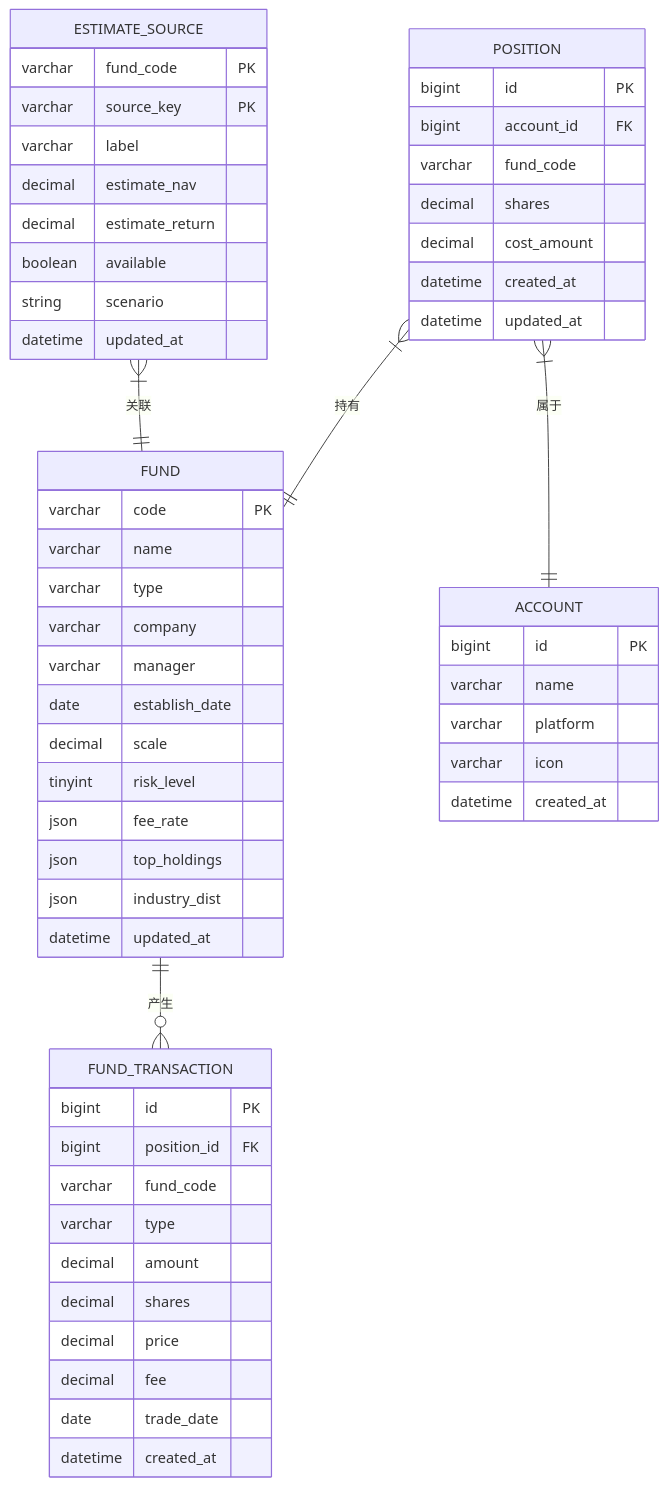
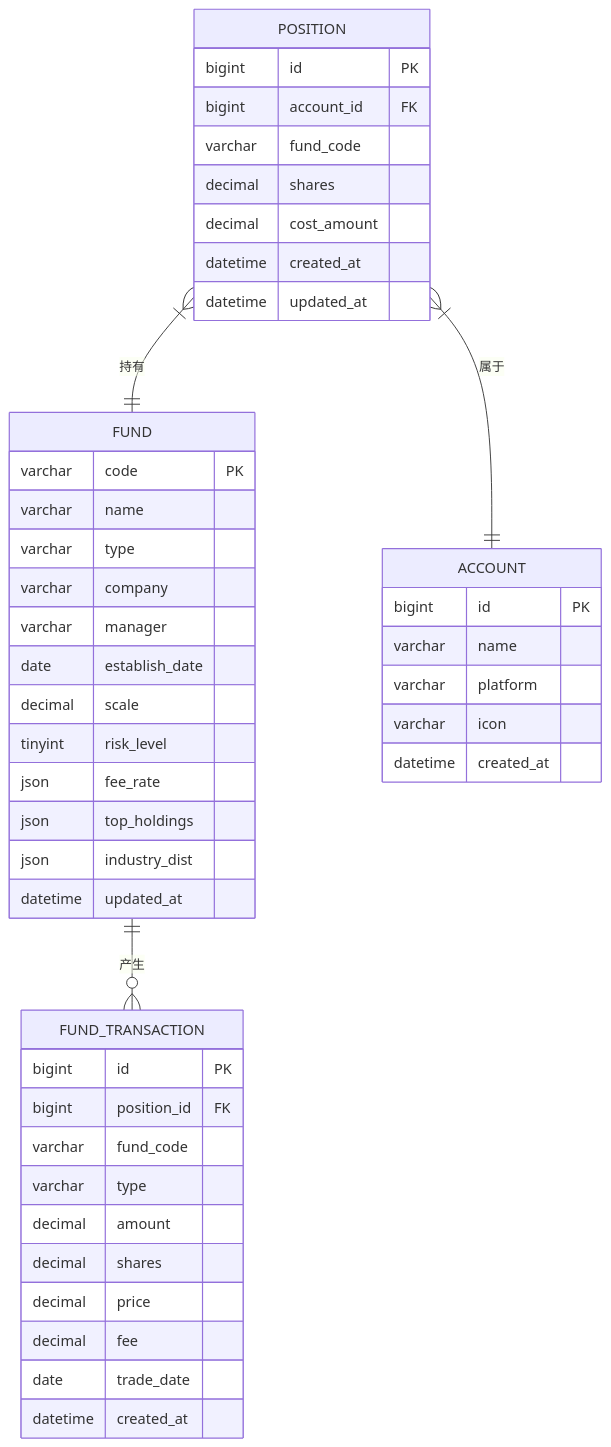
One commit to gree-coder/fund-butler changed the seventh of 9 diagrams in .qoder/repowiki/zh/content/Dashboard Enhancement.md. Above: the diagram before and after it, drawn with Mermaid. The commit also changed other lines of this file and 21 other files, not shown here.

````diff
--- a/.qoder/repowiki/zh/content/Dashboard Enhancement.md
+++ b/.qoder/repowiki/zh/content/Dashboard Enhancement.md
@@ -398,59 +304,48 @@
 ```mermaid
 erDiagram
 POSITION {
 bigint id PK
 bigint account_id FK
 varchar fund_code
 decimal shares
 decimal cost_amount
 datetime created_at
 datetime updated_at
 }
 FUND {
 varchar code PK
 varchar name
 varchar type
 varchar company
 varchar manager
 date establish_date
 decimal scale
 tinyint risk_level
 json fee_rate
 json top_holdings
 json industry_dist
 datetime updated_at
 }
 ACCOUNT {
 bigint id PK
 varchar name
 varchar platform
 varchar icon
 datetime created_at
 }
 FUND_TRANSACTION {
 bigint id PK
 bigint position_id FK
 varchar fund_code
 varchar type
 decimal amount
 decimal shares
 decimal price
 decimal fee
 date trade_date
 datetime created_at
 }
-ESTIMATE_SOURCE {
-varchar fund_code PK
-varchar source_key PK
-varchar label
-decimal estimate_nav
-decimal estimate_return
-boolean available
-string scenario
-datetime updated_at
-}
 POSITION }|--|| FUND : "持有"
 POSITION }|--|| ACCOUNT : "属于"
 FUND ||--o{ FUND_TRANSACTION : "产生"
-ESTIMATE_SOURCE }|--|| FUND : "关联"
 ```
````
